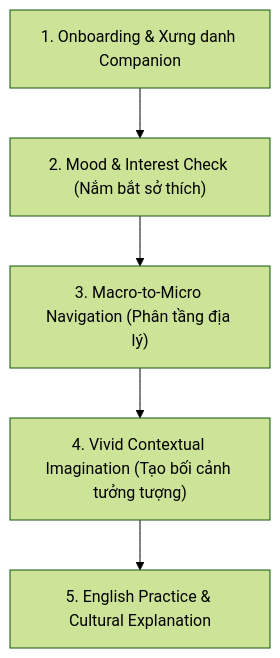
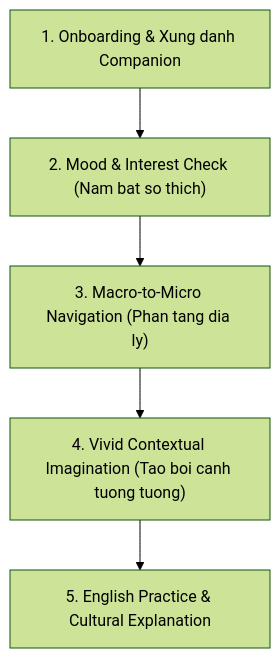
Before and after one commit to viecultures/document: the first of 3 diagrams in 03_domain_ai_companion/conversational_flows.md, drawn with Mermaid (forest theme). The commit also changed other lines of this file and 2 other files, not shown here.

Commit message:
[BA] Spec bilingual companion translation and chat history persistence

````diff
--- a/03_domain_ai_companion/conversational_flows.md
+++ b/03_domain_ai_companion/conversational_flows.md
@@ -12,7 +13,7 @@
 ```mermaid
 flowchart TD
-    A["1. Onboarding & Xưng danh Companion"] --> B["2. Mood & Interest Check (Nắm bắt sở thích)"]
-    B --> C["3. Macro-to-Micro Navigation (Phân tầng địa lý)"]
-    C --> D["4. Vivid Contextual Imagination (Tạo bối cảnh tưởng tượng)"]
+    A["1. Onboarding & Xung danh Companion"] --> B["2. Mood & Interest Check (Nam bat so thich)"]
+    B --> C["3. Macro-to-Micro Navigation (Phan tang dia ly)"]
+    C --> D["4. Vivid Contextual Imagination (Tao boi canh tuong tuong)"]
     D --> E["5. English Practice & Cultural Explanation"]
 ```
````
